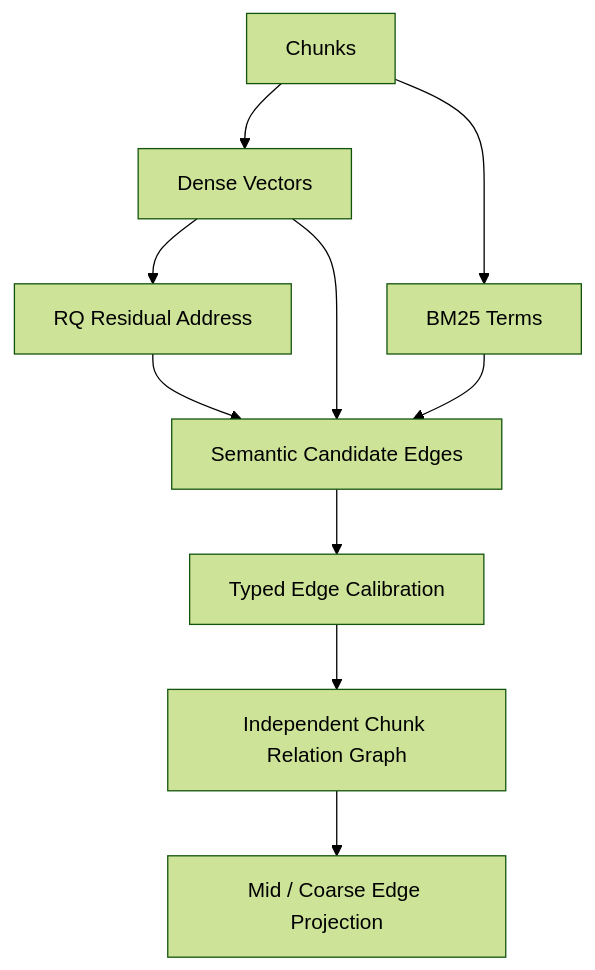
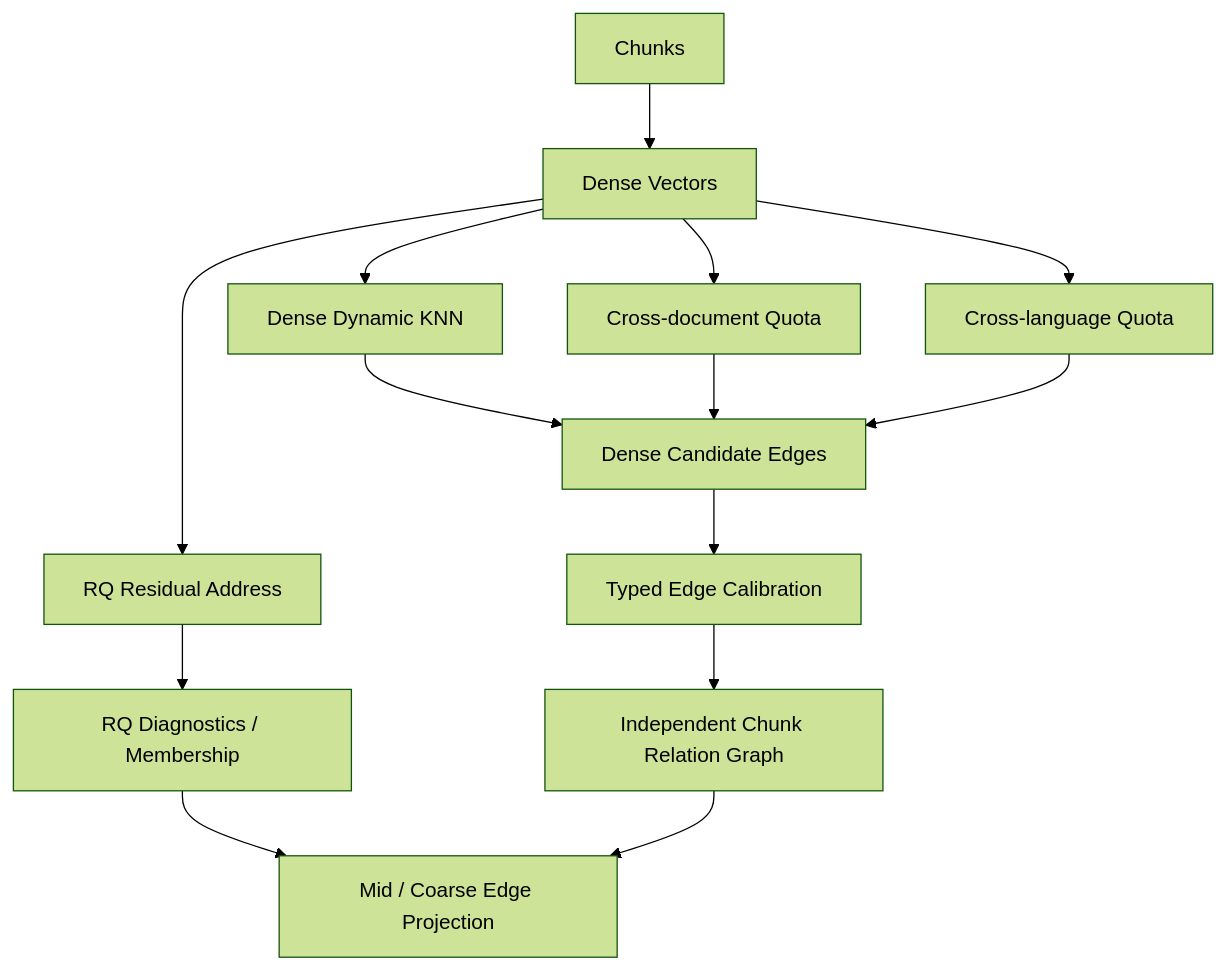
The sixth of 11 diagrams in docs/technical-spec.md (Sggggt/SymboGraph), drawn with Mermaid (forest theme) before and after one commit. The commit also changed other lines of this file and 53 other files, not shown here.

Commit message:
v1.4.1 beta: 使用动态KNN算法构建底层图谱，分层图谱检索修复了预算不均匀的问题，取消了重排序功能

````diff
--- a/docs/technical-spec.md
+++ b/docs/technical-spec.md
@@ -940,12 +1015,16 @@
 ```mermaid
 flowchart TB
     CH["Chunks"] --> EMB["Dense Vectors"]
-    CH --> BM["BM25 Terms"]
     EMB --> RQ["RQ Residual Address"]
-    EMB --> EC["Semantic Candidate Edges"]
-    BM --> EC
-    RQ --> EC
+    EMB --> DK["Dense Dynamic KNN"]
+    DK --> EC["Dense Candidate Edges"]
+    EMB --> CD["Cross-document Quota"]
+    EMB --> CL["Cross-language Quota"]
+    CD --> EC
+    CL --> EC
     EC --> CAL["Typed Edge Calibration"]
     CAL --> RG["Independent Chunk Relation Graph"]
+    RQ --> DIAG["RQ Diagnostics / Membership"]
+    DIAG --> PROJ
     RG --> PROJ["Mid / Coarse Edge Projection"]
 ```
````
